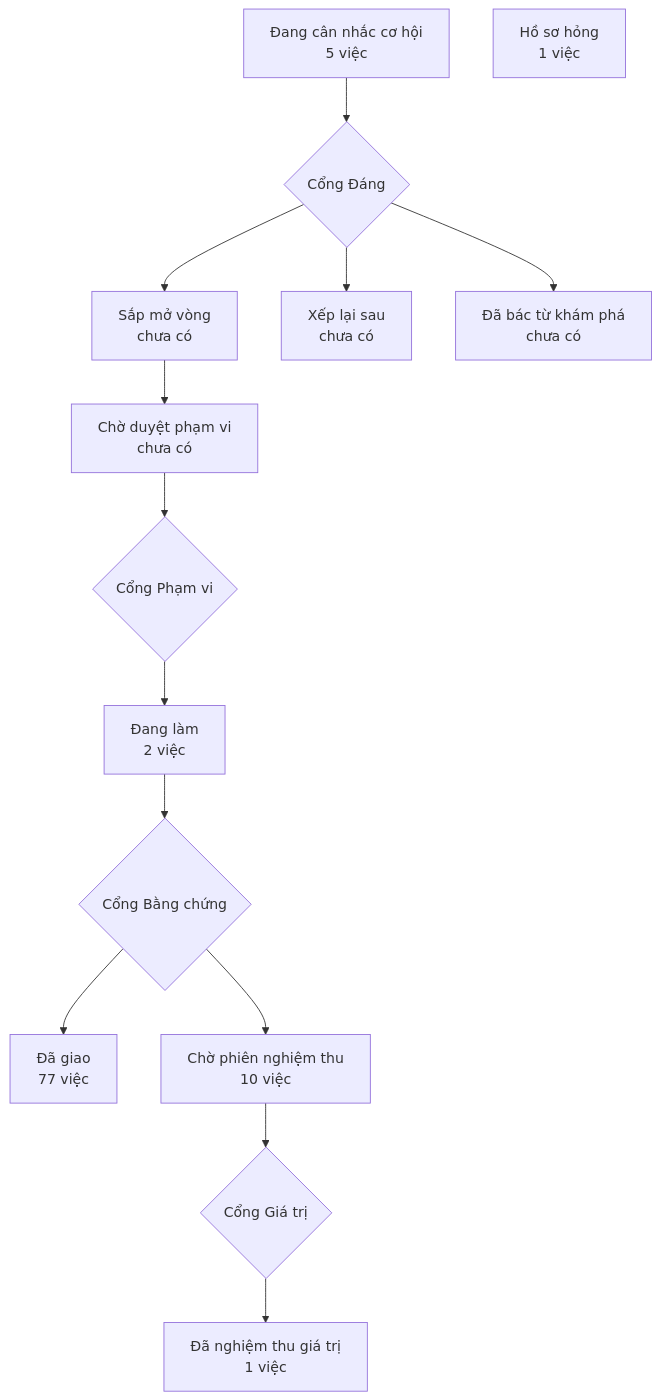
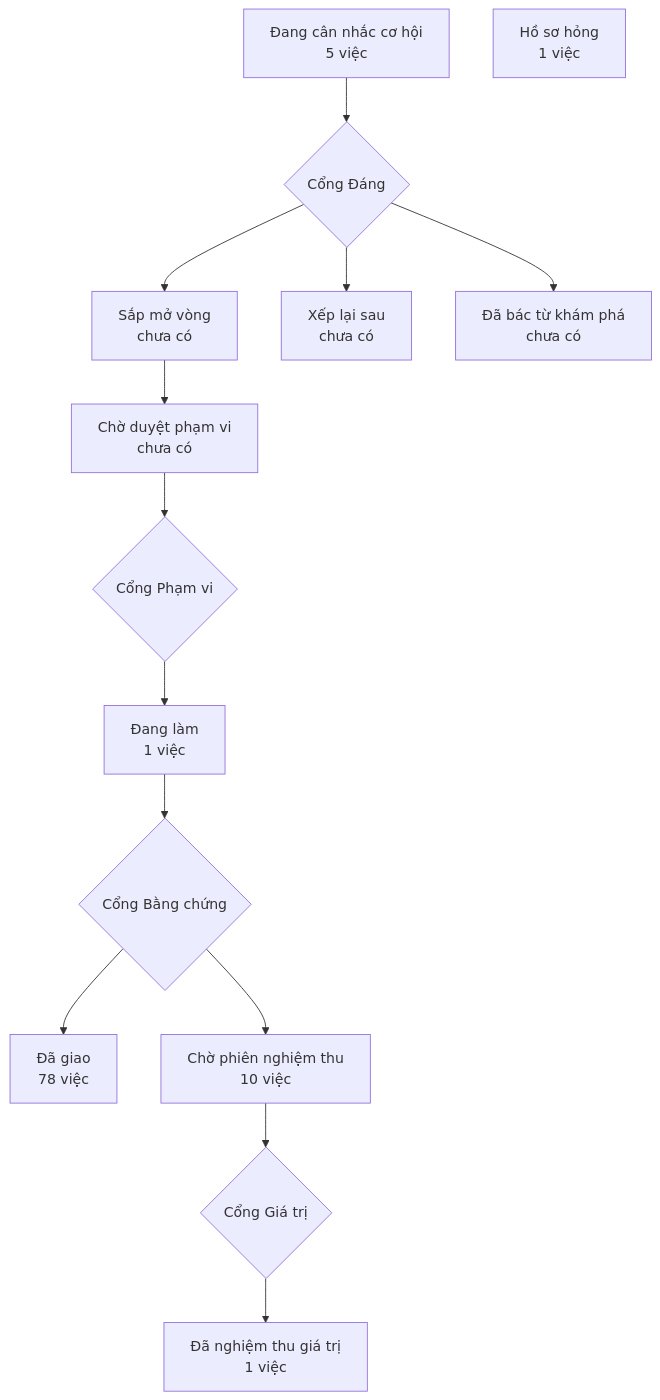
Before and after one commit to phanlemanh/crm-onehub: the diagram in PRODUCT-MAP.md, drawn with Mermaid. The commit also changed 3 other files, not shown here.

````diff
--- a/PRODUCT-MAP.md
+++ b/PRODUCT-MAP.md
@@ -6,13 +6,13 @@
 ```mermaid
 flowchart TD
   A["Đang cân nhắc cơ hội<br/>5 việc"] --> GD{"Cổng Đáng"}
   GD --> B["Sắp mở vòng<br/>chưa có"]
   GD --> XL["Xếp lại sau<br/>chưa có"]
   GD --> DB["Đã bác từ khám phá<br/>chưa có"]
   B --> CD["Chờ duyệt phạm vi<br/>chưa có"] --> GP{"Cổng Phạm vi"}
-  GP --> DL["Đang làm<br/>2 việc"] --> GB{"Cổng Bằng chứng"}
-  GB --> DG["Đã giao<br/>77 việc"]
+  GP --> DL["Đang làm<br/>1 việc"] --> GB{"Cổng Bằng chứng"}
+  GB --> DG["Đã giao<br/>78 việc"]
   GB --> CN["Chờ phiên nghiệm thu<br/>10 việc"] --> GG{"Cổng Giá trị"}
   GG --> NT["Đã nghiệm thu giá trị<br/>1 việc"]
   HS["Hồ sơ hỏng<br/>1 việc"]
 ```
````
